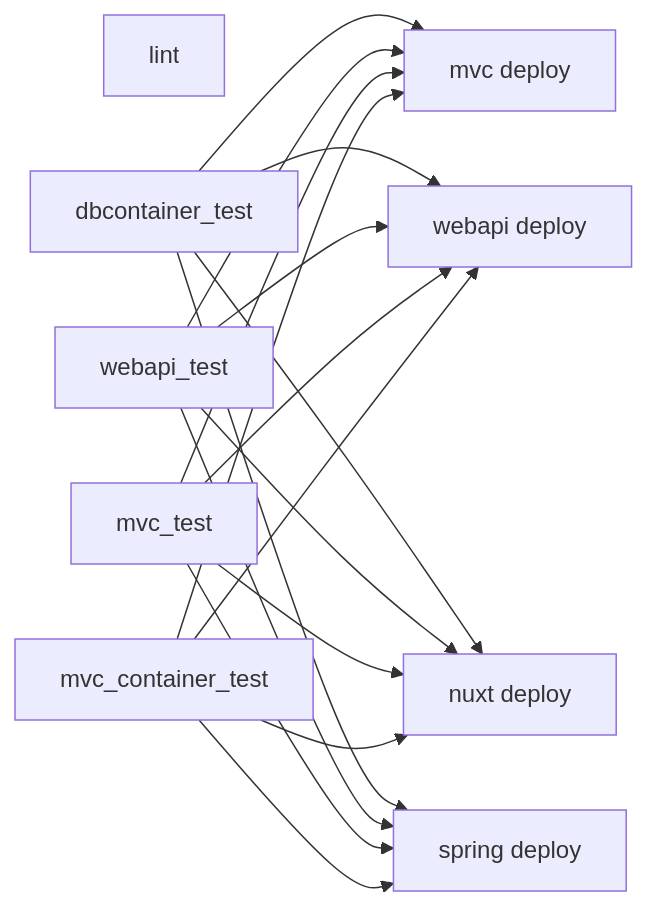
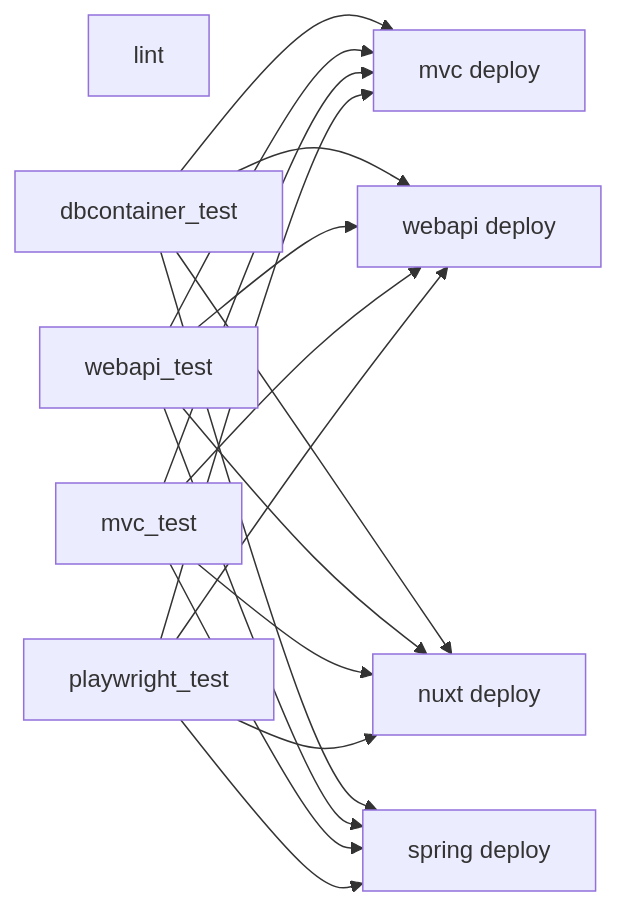
One commit to alkanoic/AspNetCoreSample changed the diagram in docs/development/ci-cd.md. Above: the diagram before and after it, drawn with Mermaid. The commit also changed other lines of this file and 2 other files, not shown here.

Commit message:
ci(e2e): SPA と WebApi の Playwright テストを実行する

````diff
--- a/docs/development/ci-cd.md
+++ b/docs/development/ci-cd.md
@@ -11,34 +11,34 @@
 ```mermaid
 graph LR
     Lint[lint]
     DB[dbcontainer_test]
     API[webapi_test]
     MVC[mvc_test]
-    Container[mvc_container_test]
+    Playwright[playwright_test]
 
     Lint
     DB
     API
     MVC
-    Container
+    Playwright
 
     DB --> DeployMvc[mvc deploy]
     API --> DeployMvc
     MVC --> DeployMvc
-    Container --> DeployMvc
+    Playwright --> DeployMvc
 
     DB --> DeployApi[webapi deploy]
     API --> DeployApi
     MVC --> DeployApi
-    Container --> DeployApi
+    Playwright --> DeployApi
 
     DB --> DeployNuxt[nuxt deploy]
     API --> DeployNuxt
     MVC --> DeployNuxt
-    Container --> DeployNuxt
+    Playwright --> DeployNuxt
 
     DB --> DeploySpring[spring deploy]
     API --> DeploySpring
     MVC --> DeploySpring
-    Container --> DeploySpring
+    Playwright --> DeploySpring
 ```
````
